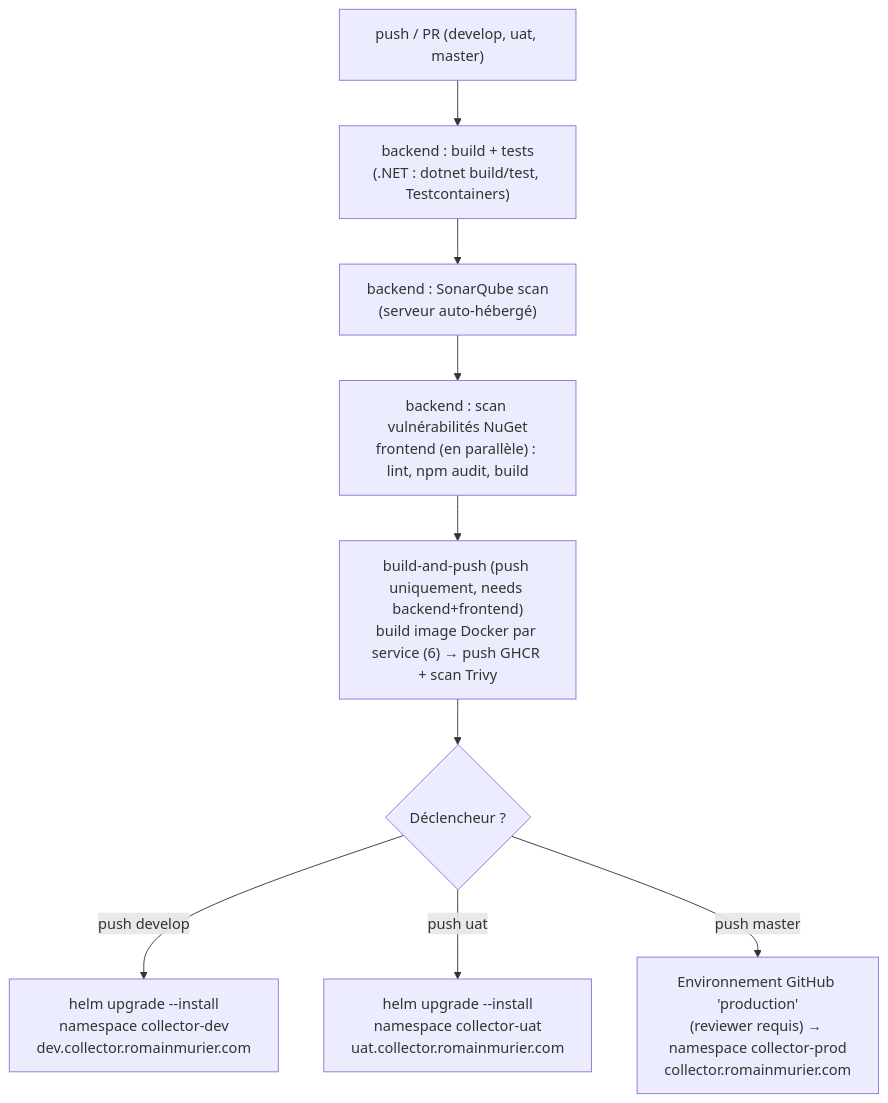
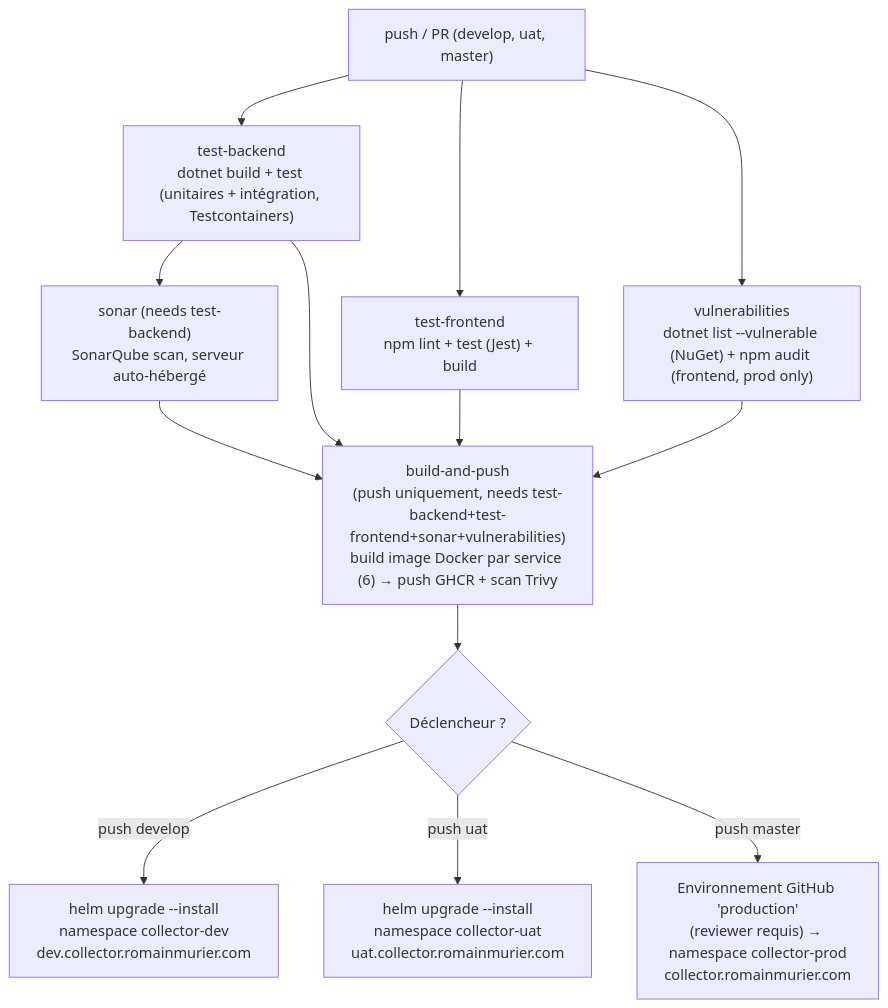
Before and after one commit to RMurier/CESI-CUBE-3-BAC-5-INDIVIDUEL: the second of 2 diagrams in README.md, drawn with Mermaid. The commit also changed other lines of this file and 1 other file, not shown here.

Commit message:
ci: split the quality gate into separate jobs (tests, sonar, vulnerabilities)
Replace the single backend/frontend jobs with test-backend, test-frontend,
sonar and vulnerabilities as distinct, independently visible stages —
matches the CI/CD schema documented in README section 7 more closely and
makes it obvious in the Actions UI which gate failed. test-backend/
test-frontend/vulnerabilities run in parallel; sonar needs test-backend
(no point analyzing code whose own tests already fail) and necessarily
re-runs its own build+test cycle since the scanner has to wrap the build
invocation itself. build-and-push now needs all four, so any failing
gate blocks the build/push/deploy chain.

````diff
--- a/README.md
+++ b/README.md
@@ -292,11 +297,15 @@
 ```mermaid
 flowchart TD
-    A["push / PR (develop, uat, master)"] --> B["backend : build + tests<br/>(.NET : dotnet build/test, Testcontainers)"]
-    B --> C["backend : SonarQube scan<br/>(serveur auto-hébergé)"]
-    C --> D["backend : scan vulnérabilités NuGet<br/>frontend (en parallèle) : lint, npm audit, build"]
-    D --> E["build-and-push (push uniquement, needs backend+frontend)<br/>build image Docker par service (6) → push GHCR + scan Trivy"]
-    E --> F{"Déclencheur ?"}
-    F -->|push develop| G["helm upgrade --install<br/>namespace collector-dev<br/>dev.collector.romainmurier.com"]
-    F -->|push uat| H["helm upgrade --install<br/>namespace collector-uat<br/>uat.collector.romainmurier.com"]
-    F -->|push master| I["Environnement GitHub 'production'<br/>(reviewer requis) → namespace collector-prod<br/>collector.romainmurier.com"]
+    A["push / PR (develop, uat, master)"] --> B["test-backend<br/>dotnet build + test (unitaires + intégration, Testcontainers)"]
+    A --> C["test-frontend<br/>npm lint + test (Jest) + build"]
+    A --> D["vulnerabilities<br/>dotnet list --vulnerable (NuGet) + npm audit (frontend, prod only)"]
+    B --> E["sonar (needs test-backend)<br/>SonarQube scan, serveur auto-hébergé"]
+    B --> F["build-and-push<br/>(push uniquement, needs test-backend+test-frontend+sonar+vulnerabilities)<br/>build image Docker par service (6) → push GHCR + scan Trivy"]
+    C --> F
+    D --> F
+    E --> F
+    F --> G{"Déclencheur ?"}
+    G -->|push develop| H["helm upgrade --install<br/>namespace collector-dev<br/>dev.collector.romainmurier.com"]
+    G -->|push uat| I["helm upgrade --install<br/>namespace collector-uat<br/>uat.collector.romainmurier.com"]
+    G -->|push master| J["Environnement GitHub 'production'<br/>(reviewer requis) → namespace collector-prod<br/>collector.romainmurier.com"]
 ```
````
